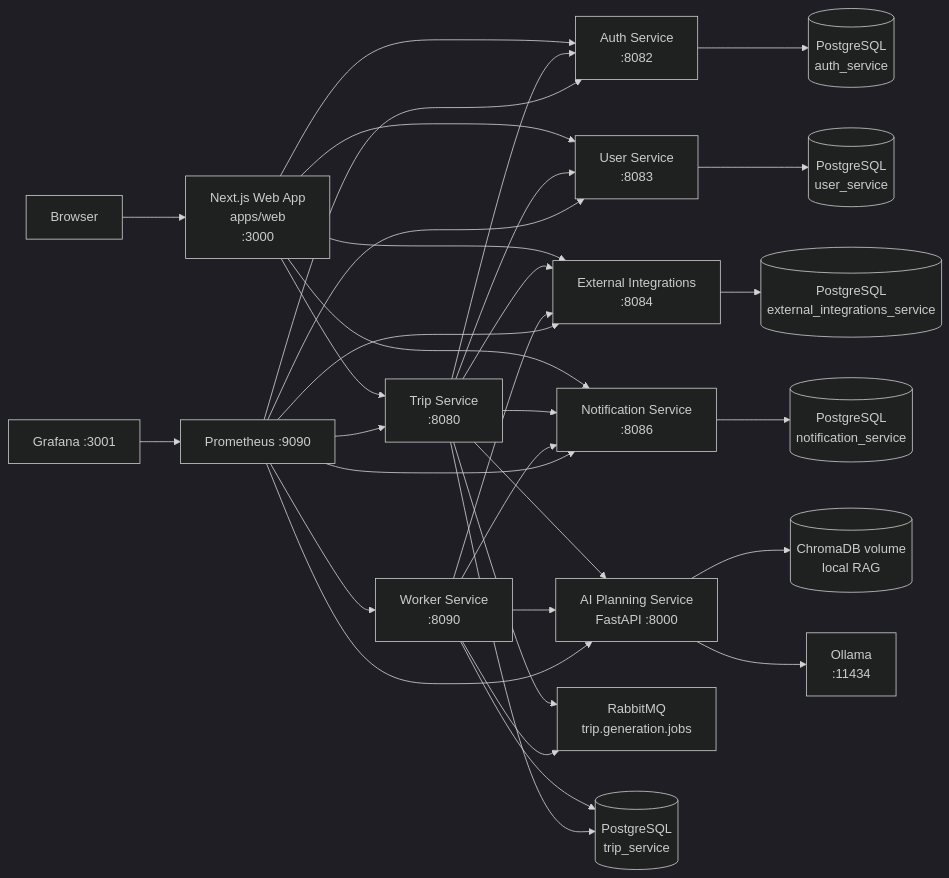
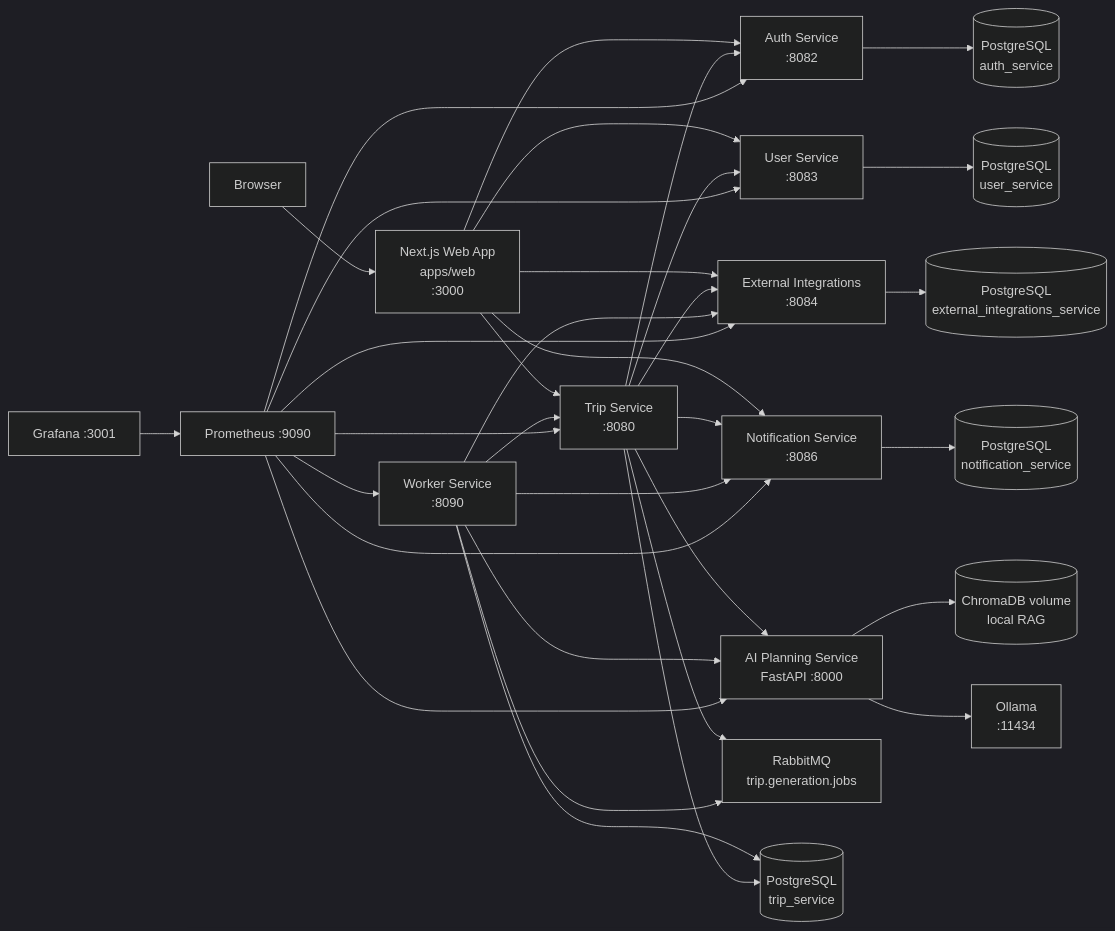
The first of 2 diagrams in README.md (KovalenkoDima236961/Travel_Ai_App), drawn with Mermaid (dark theme) before and after one commit. The commit also changed other lines of this file and 67 other files, not shown here.

Commit message:
feat: implemented smart pre-trip reminders & timeline

````diff
--- a/README.md
+++ b/README.md
@@ -30,40 +37,41 @@
 ```mermaid
 flowchart LR
     Browser["Browser"] --> Web["Next.js Web App<br/>apps/web<br/>:3000"]
 
     Web --> Auth["Auth Service<br/>:8082"]
     Web --> Trip["Trip Service<br/>:8080"]
     Web --> User["User Service<br/>:8083"]
     Web --> External["External Integrations<br/>:8084"]
     Web --> Notify["Notification Service<br/>:8086"]
 
     Trip --> Auth
     Trip --> User
     Trip --> External
     Trip --> Notify
     Trip --> AI["AI Planning Service<br/>FastAPI :8000"]
     Trip --> Rabbit["RabbitMQ<br/>trip.generation.jobs"]
 
     Worker["Worker Service<br/>:8090"] --> Rabbit
+    Worker --> Trip
     Worker --> TripDB[("PostgreSQL<br/>trip_service")]
     Worker --> AI
     Worker --> External
     Worker --> Notify
 
     Auth --> AuthDB[("PostgreSQL<br/>auth_service")]
     User --> UserDB[("PostgreSQL<br/>user_service")]
     Trip --> TripDB
     Notify --> NotifyDB[("PostgreSQL<br/>notification_service")]
     External --> ExternalDB[("PostgreSQL<br/>external_integrations_service")]
     AI --> Chroma[("ChromaDB volume<br/>local RAG")]
     AI --> Ollama["Ollama<br/>:11434"]
 
     Prom["Prometheus :9090"] --> Auth
     Prom --> Trip
     Prom --> User
     Prom --> External
     Prom --> Notify
     Prom --> AI
     Prom --> Worker
     Grafana["Grafana :3001"] --> Prom
 ```
````
